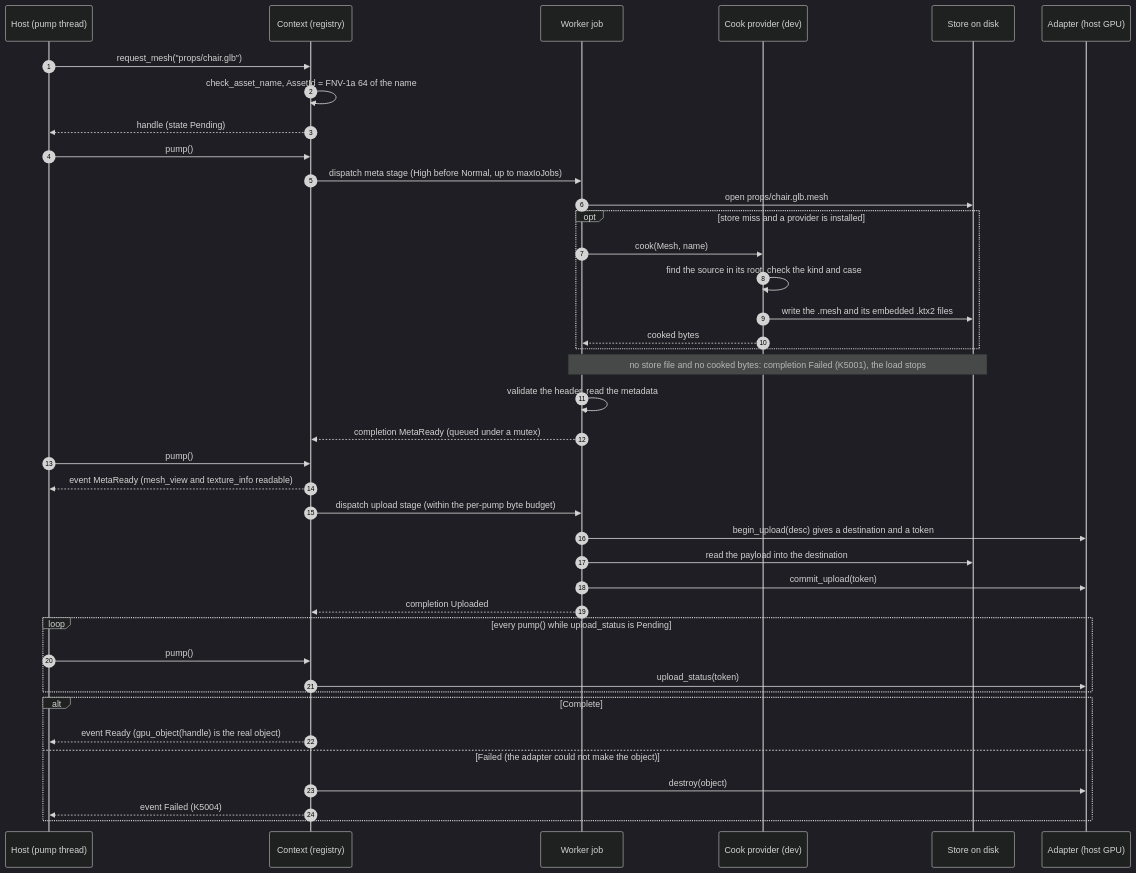
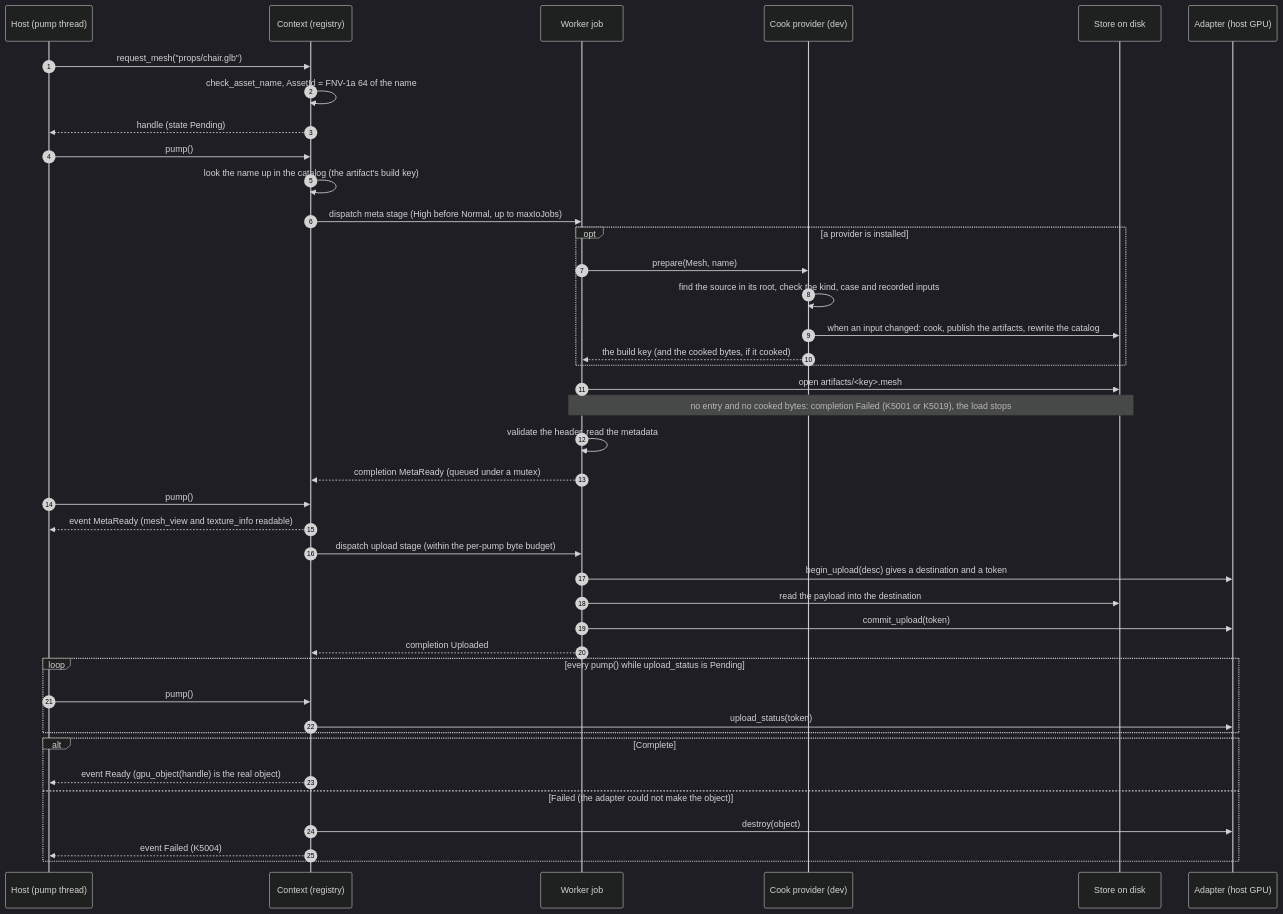
One commit to sigman78/Kiln changed the second of 3 diagrams in docs/design/architecture.md. Above: the diagram before and after it, drawn with Mermaid (dark theme). The commit also changed other lines of this file and 13 other files, not shown here.

Commit message:
docs: the named store layout is removed; the catalog store is the only one

````diff
--- a/docs/design/architecture.md
+++ b/docs/design/architecture.md
@@ -69,46 +70,47 @@
 ```mermaid
 sequenceDiagram
     autonumber
     participant Host as Host (pump thread)
     participant Ctx as Context (registry)
     participant Worker as Worker job
     participant Prov as Cook provider (dev)
     participant Store as Store on disk
     participant Adapter as Adapter (host GPU)
 
     Host->>Ctx: request_mesh("props/chair.glb")
     Ctx->>Ctx: check_asset_name, AssetId = FNV-1a 64 of the name
     Ctx-->>Host: handle (state Pending)
 
     Host->>Ctx: pump()
+    Ctx->>Ctx: look the name up in the catalog (the artifact's build key)
     Ctx->>Worker: dispatch meta stage (High before Normal, up to maxIoJobs)
-    Worker->>Store: open props/chair.glb.mesh
-    opt store miss and a provider is installed
-        Worker->>Prov: cook(Mesh, name)
-        Prov->>Prov: find the source in its root, check the kind and case
-        Prov->>Store: write the .mesh and its embedded .ktx2 files
-        Prov-->>Worker: cooked bytes
+    opt a provider is installed
+        Worker->>Prov: prepare(Mesh, name)
+        Prov->>Prov: find the source in its root, check the kind, case and recorded inputs
+        Prov->>Store: when an input changed: cook, publish the artifacts, rewrite the catalog
+        Prov-->>Worker: the build key (and the cooked bytes, if it cooked)
     end
-    Note over Worker,Store: no store file and no cooked bytes: completion Failed (K5001), the load stops
+    Worker->>Store: open artifacts/<key>.mesh
+    Note over Worker,Store: no entry and no cooked bytes: completion Failed (K5001 or K5019), the load stops
     Worker->>Worker: validate the header, read the metadata
     Worker-->>Ctx: completion MetaReady (queued under a mutex)
 
     Host->>Ctx: pump()
     Ctx-->>Host: event MetaReady (mesh_view and texture_info readable)
     Ctx->>Worker: dispatch upload stage (within the per-pump byte budget)
     Worker->>Adapter: begin_upload(desc) gives a destination and a token
     Worker->>Store: read the payload into the destination
     Worker->>Adapter: commit_upload(token)
     Worker-->>Ctx: completion Uploaded
 
     loop every pump() while upload_status is Pending
         Host->>Ctx: pump()
         Ctx->>Adapter: upload_status(token)
     end
     alt Complete
         Ctx-->>Host: event Ready (gpu_object(handle) is the real object)
     else Failed (the adapter could not make the object)
         Ctx->>Adapter: destroy(object)
         Ctx-->>Host: event Failed (K5004)
     end
 ```
````
